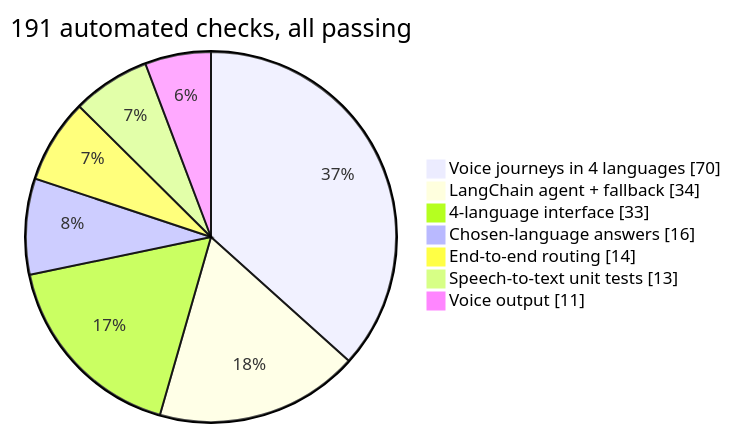
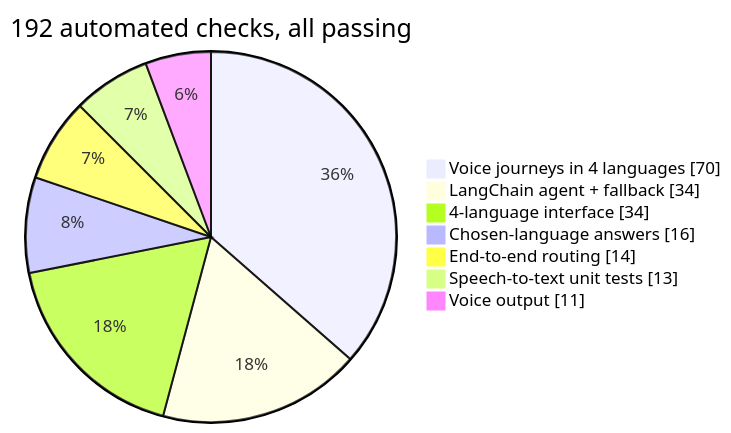
One commit to sehscape/Multilingual-Agri-AI-Agent changed the sixth of 6 diagrams in README.md. Above: the diagram before and after it, drawn with Mermaid. The commit also changed other lines of this file and 1 other file, not shown here.

First line of the commit message:
Docs: describe the new screen; 192 checks

````diff
--- a/README.md
+++ b/README.md
@@ -285,11 +301,11 @@
 ```mermaid
 pie showData
-    title 191 automated checks, all passing
+    title 192 automated checks, all passing
     "Voice journeys in 4 languages" : 70
     "LangChain agent + fallback" : 34
-    "4-language interface" : 33
+    "4-language interface" : 34
     "Chosen-language answers" : 16
     "End-to-end routing" : 14
     "Speech-to-text unit tests" : 13
     "Voice output" : 11
 ```
````
